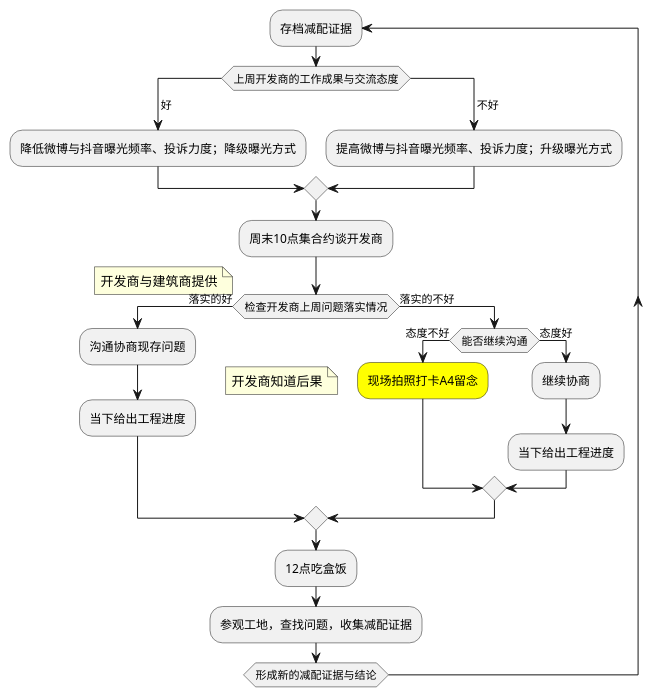
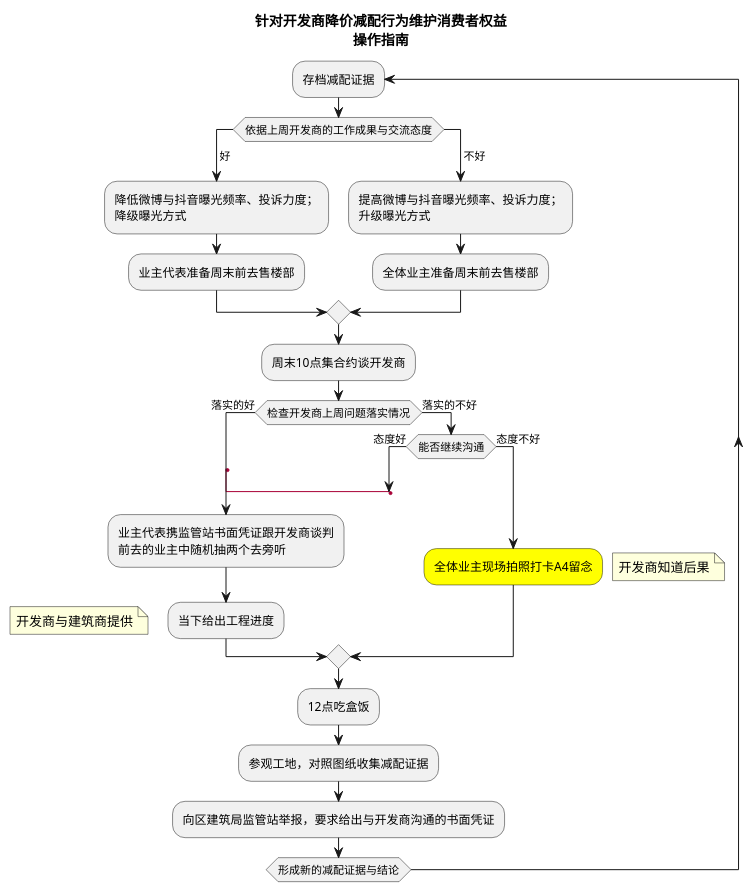
One commit to siliconValleyEvidence/silicon_valley_evidence changed the diagram in routine.puml. Above: the diagram before and after it, drawn with PlantUML. The commit also changed 4 other files, not shown here.

```diff
--- a/routine.puml
+++ b/routine.puml
@@ -1,26 +1,38 @@
 @startuml
+title 针对开发商降价减配行为维护消费者权益\n操作指南
 repeat :存档减配证据
-switch (上周开发商的工作成果与交流态度)
+switch (依据上周开发商的工作成果与交流态度)
 case ( 好 )
-  :降低微博与抖音曝光频率、投诉力度；降级曝光方式;
+  :降低微博与抖音曝光频率、投诉力度；\n降级曝光方式;
+  :业主代表准备周末前去售楼部;
 case ( 不好 )
-  :提高微博与抖音曝光频率、投诉力度；升级曝光方式;
+  :提高微博与抖音曝光频率、投诉力度；\n升级曝光方式;
+  :全体业主准备周末前去售楼部;
 endswitch
 :周末10点集合约谈开发商;
   if (检查开发商上周问题落实情况) then (落实的好)
-      :沟通协商现存问题;
+      label sp_lab
+      label sp_lab1
+      label sp_lab
+      :业主代表携监管站书面凭证跟开发商谈判\n前去的业主中随机抽两个去旁听;
       :当下给出工程进度;
+      floating note left: 开发商与建筑商提供
   else (落实的不好)
-    if (能否继续沟通) then (态度不好)
-        #YELLOW :现场拍照打卡A4留念;
-        floating note left: 开发商知道后果
-    else (态度好)
-    :继续协商;
-    :当下给出工程进度;
+    if (能否继续沟通) then (态度好)
+    label sp_lab
+    goto sp_lab1
+'    :继续协商;
+'    :当下给出工程进度;
+    else (态度不好)
+    label sp_lab3
+    label sp_lab4
+    label sp_lab5
+    #YELLOW :全体业主现场拍照打卡A4留念;
+    floating note right: 开发商知道后果
     endif
   endif
-    floating note left: 开发商与建筑商提供
     :12点吃盒饭;
-    :参观工地，查找问题，收集减配证据;
+    :参观工地，对照图纸收集减配证据;
+    :向区建筑局监管站举报，要求给出与开发商沟通的书面凭证;
 repeat while (形成新的减配证据与结论)
 @enduml
```
